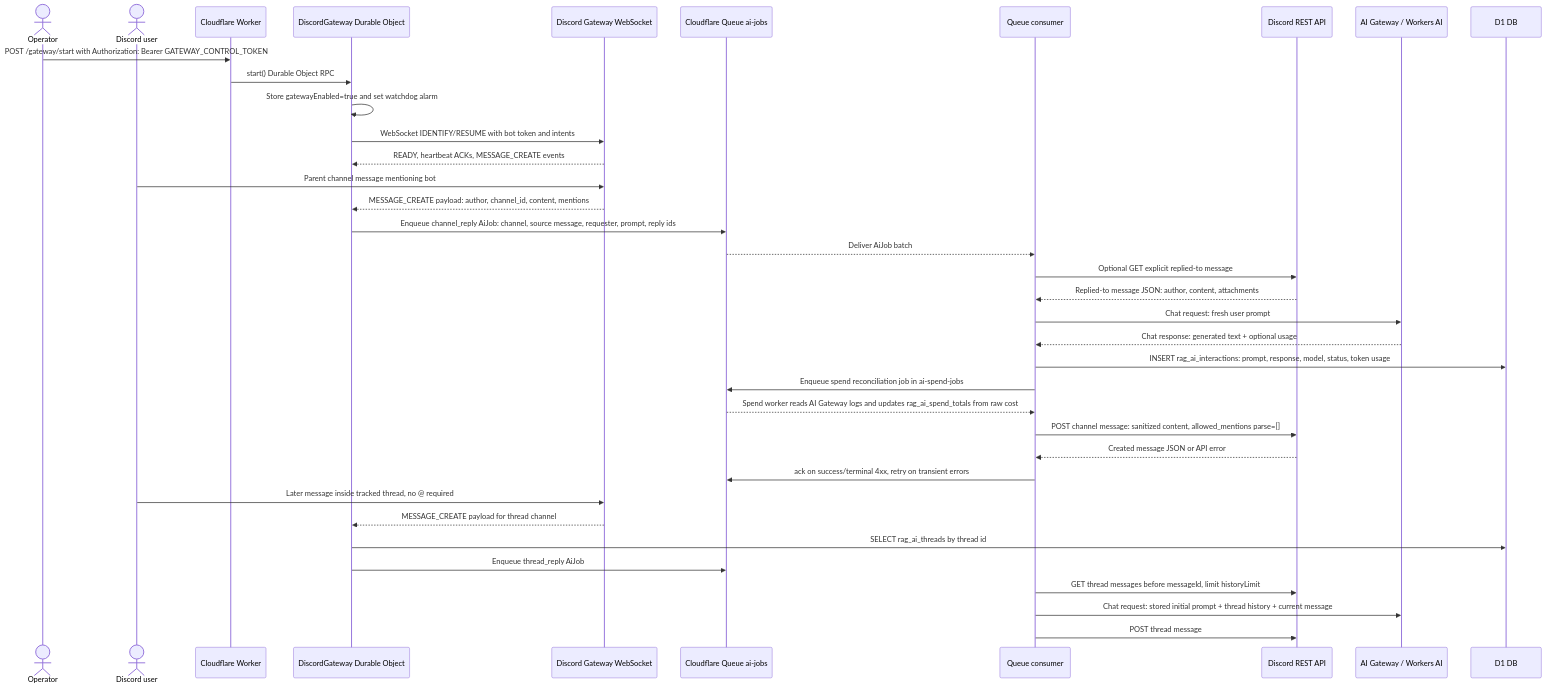
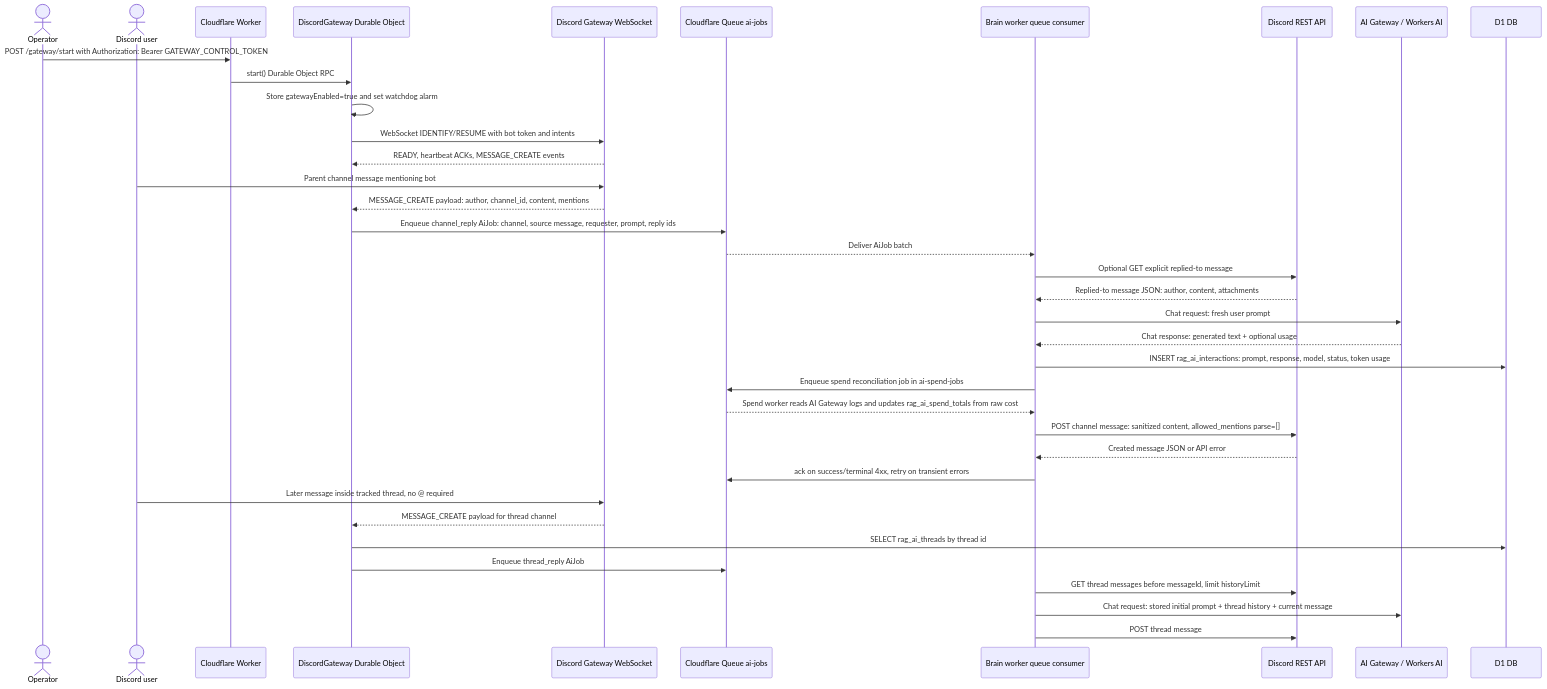
One commit to jackm43/rag changed the third of 3 diagrams in README.md. Above: the diagram before and after it, drawn with Mermaid. The commit also changed other lines of this file and 6 other files, not shown here.

First line of the commit message:
Split the AI queue consumer into a brain worker

````diff
--- a/README.md
+++ b/README.md
@@ -103,42 +103,42 @@
 ```mermaid
 sequenceDiagram
   actor Operator
   actor User as Discord user
   participant Worker as Cloudflare Worker
   participant GatewayDO as DiscordGateway Durable Object
   participant DiscordGateway as Discord Gateway WebSocket
   participant Queue as Cloudflare Queue ai-jobs
-  participant Consumer as Queue consumer
+  participant Consumer as Brain worker queue consumer
   participant DiscordREST as Discord REST API
   participant AI as AI Gateway / Workers AI
   participant DB as D1 DB
 
   Operator->>Worker: POST /gateway/start with Authorization: Bearer GATEWAY_CONTROL_TOKEN
   Worker->>GatewayDO: start() Durable Object RPC
   GatewayDO->>GatewayDO: Store gatewayEnabled=true and set watchdog alarm
   GatewayDO->>DiscordGateway: WebSocket IDENTIFY/RESUME with bot token and intents
   DiscordGateway-->>GatewayDO: READY, heartbeat ACKs, MESSAGE_CREATE events
 
   User->>DiscordGateway: Parent channel message mentioning bot
   DiscordGateway-->>GatewayDO: MESSAGE_CREATE payload: author, channel_id, content, mentions
   GatewayDO->>Queue: Enqueue channel_reply AiJob: channel, source message, requester, prompt, reply ids
   Queue-->>Consumer: Deliver AiJob batch
   Consumer->>DiscordREST: Optional GET explicit replied-to message
   DiscordREST-->>Consumer: Replied-to message JSON: author, content, attachments
   Consumer->>AI: Chat request: fresh user prompt
   AI-->>Consumer: Chat response: generated text + optional usage
   Consumer->>DB: INSERT rag_ai_interactions: prompt, response, model, status, token usage
   Consumer->>Queue: Enqueue spend reconciliation job in ai-spend-jobs
   Queue-->>Consumer: Spend worker reads AI Gateway logs and updates rag_ai_spend_totals from raw cost
   Consumer->>DiscordREST: POST channel message: sanitized content, allowed_mentions parse=[]
   DiscordREST-->>Consumer: Created message JSON or API error
   Consumer->>Queue: ack on success/terminal 4xx, retry on transient errors
 
   User->>DiscordGateway: Later message inside tracked thread, no @ required
   DiscordGateway-->>GatewayDO: MESSAGE_CREATE payload for thread channel
   GatewayDO->>DB: SELECT rag_ai_threads by thread id
   GatewayDO->>Queue: Enqueue thread_reply AiJob
   Consumer->>DiscordREST: GET thread messages before messageId, limit historyLimit
   Consumer->>AI: Chat request: stored initial prompt + thread history + current message
   Consumer->>DiscordREST: POST thread message
 ```
````
